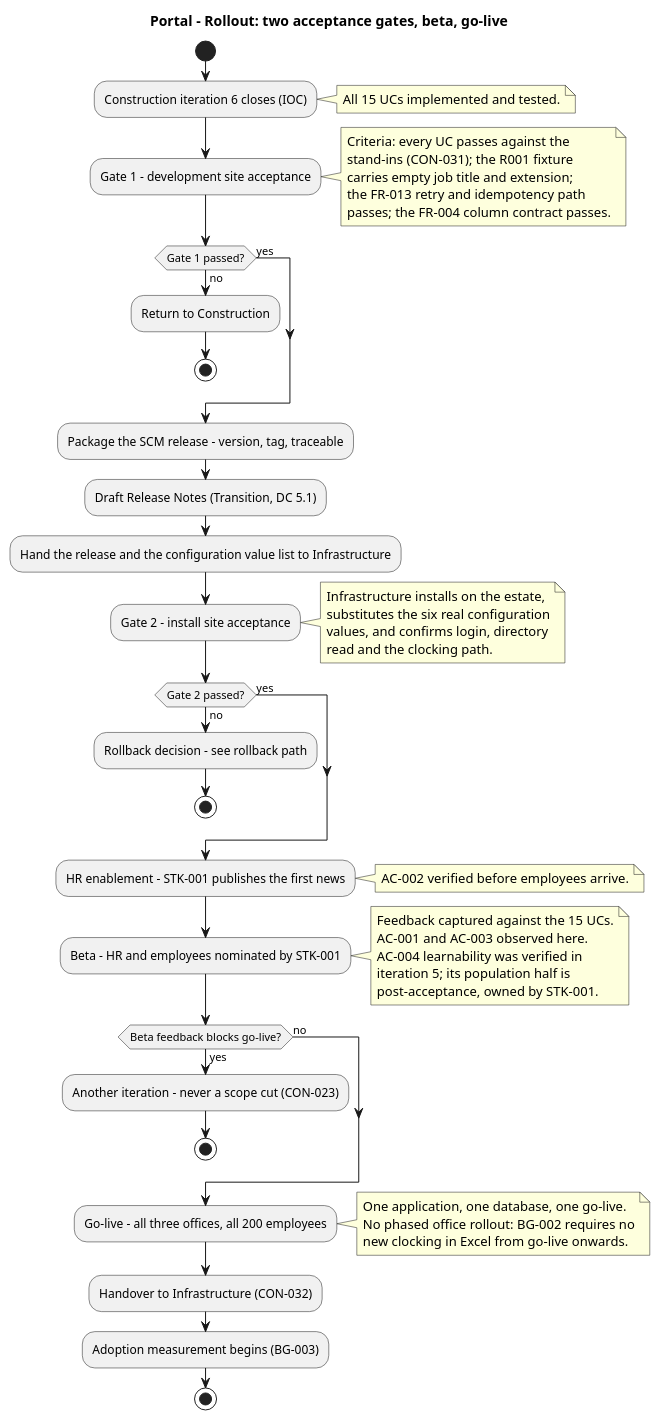
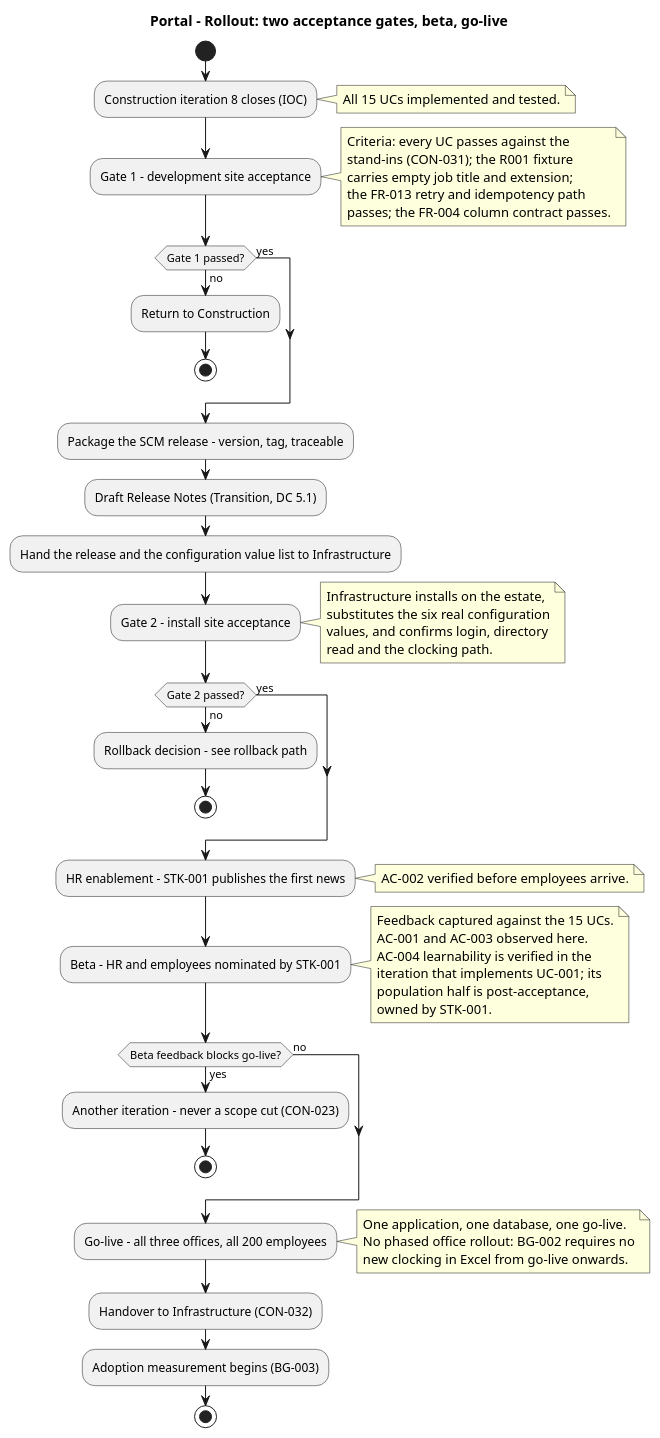
The fourth of 5 diagrams in docs/DEPLOYMENT_STRATEGY.md (banense-test/portal), drawn with PlantUML before and after one commit. The commit also changed other lines of this file, not shown here.

First line of the commit message:
docs(dm): re-base deployment strategy onto the nine-iteration roadmap

````diff
--- a/docs/DEPLOYMENT_STRATEGY.md
+++ b/docs/DEPLOYMENT_STRATEGY.md
@@ -241,71 +291,72 @@
 ```plantuml
 @startuml
 title Portal - Rollout: two acceptance gates, beta, go-live
 
 start
-:Construction iteration 6 closes (IOC);
+:Construction iteration 8 closes (IOC);
 note right: All 15 UCs implemented and tested.
 
 :Gate 1 - development site acceptance;
 note right
   Criteria: every UC passes against the
   stand-ins (CON-031); the R001 fixture
   carries empty job title and extension;
   the FR-013 retry and idempotency path
   passes; the FR-004 column contract passes.
 end note
 
 if (Gate 1 passed?) then (no)
   :Return to Construction;
   stop
 else (yes)
 endif
 
 :Package the SCM release - version, tag, traceable;
 :Draft Release Notes (Transition, DC 5.1);
 :Hand the release and the configuration value list to Infrastructure;
 
 :Gate 2 - install site acceptance;
 note right
   Infrastructure installs on the estate,
   substitutes the six real configuration
   values, and confirms login, directory
   read and the clocking path.
 end note
 
 if (Gate 2 passed?) then (no)
   :Rollback decision - see rollback path;
   stop
 else (yes)
 endif
 
 :HR enablement - STK-001 publishes the first news;
 note right: AC-002 verified before employees arrive.
 
 :Beta - HR and employees nominated by STK-001;
 note right
   Feedback captured against the 15 UCs.
   AC-001 and AC-003 observed here.
-  AC-004 learnability was verified in
-  iteration 5; its population half is
-  post-acceptance, owned by STK-001.
+  AC-004 learnability is verified in the
+  iteration that implements UC-001; its
+  population half is post-acceptance,
+  owned by STK-001.
 end note
 
 if (Beta feedback blocks go-live?) then (yes)
   :Another iteration - never a scope cut (CON-023);
   stop
 else (no)
 endif
 
 :Go-live - all three offices, all 200 employees;
 note right
   One application, one database, one go-live.
   No phased office rollout: BG-002 requires no
   new clocking in Excel from go-live onwards.
 end note
 
 :Handover to Infrastructure (CON-032);
 :Adoption measurement begins (BG-003);
 stop
 @enduml
 ```
````
